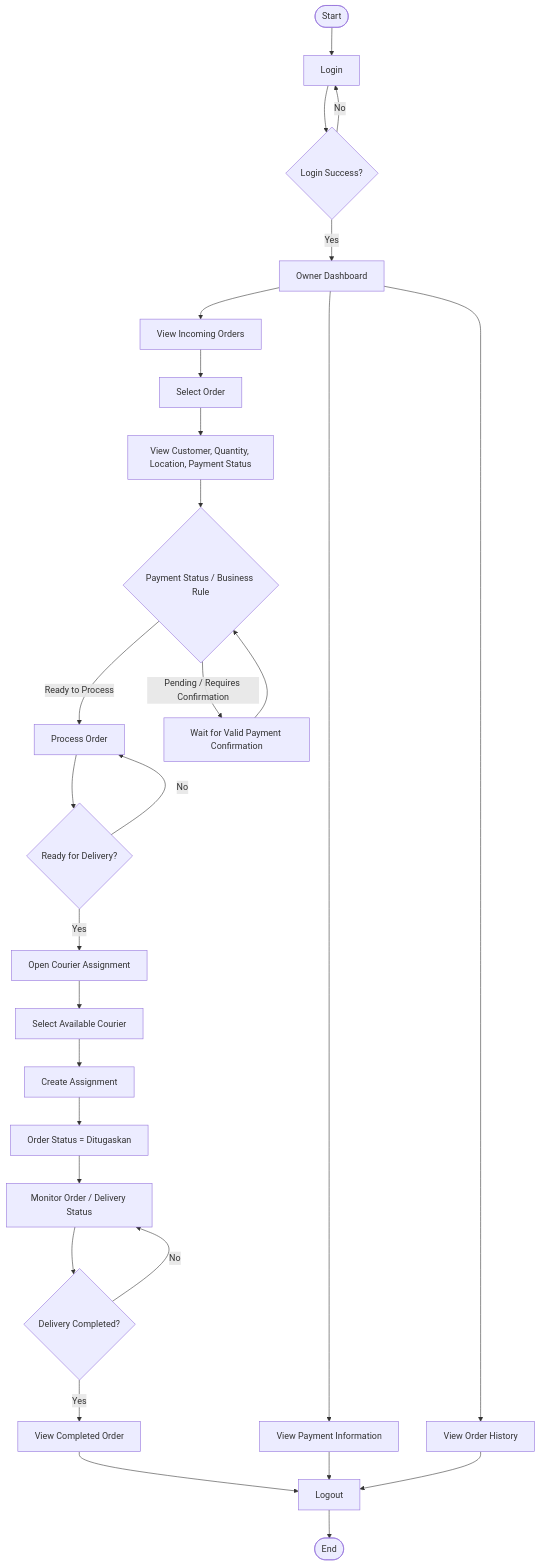
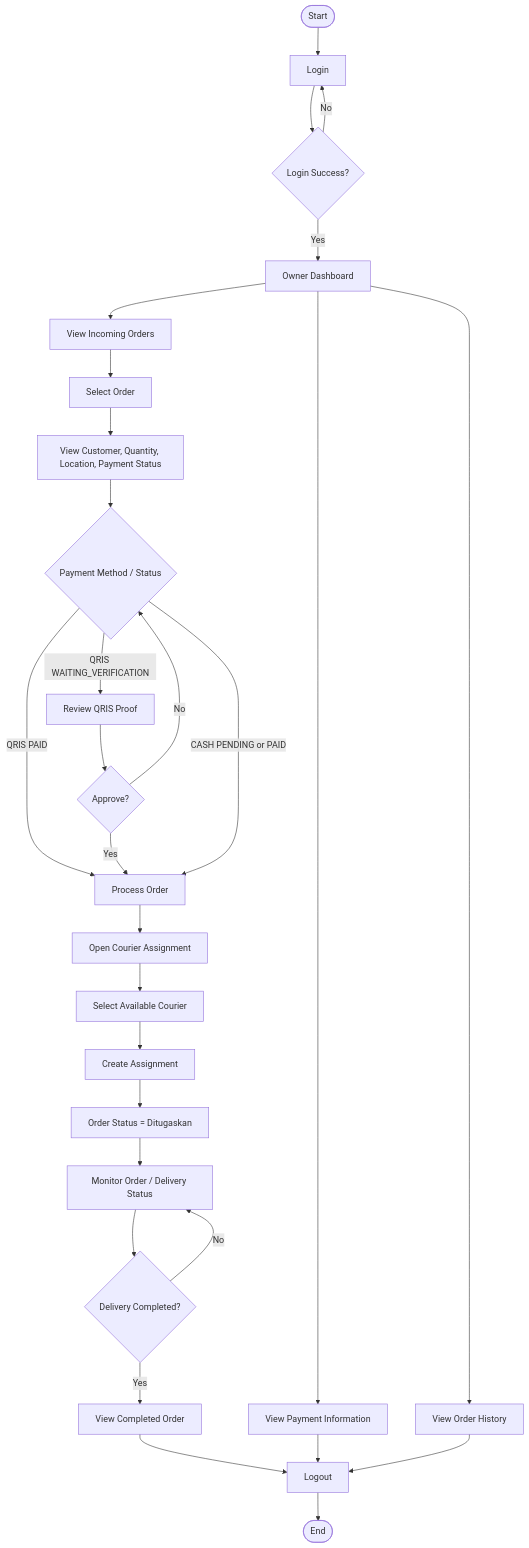
Before and after one commit to RadinataP/kyusui: the third of 23 diagrams in docs/04_KYUSUI_SYSTEM_WORKFLOW_REBUILT.md, drawn with Mermaid. The commit also changed other lines of this file and 3 other files, not shown here.

````diff
--- a/docs/04_KYUSUI_SYSTEM_WORKFLOW_REBUILT.md
+++ b/docs/04_KYUSUI_SYSTEM_WORKFLOW_REBUILT.md
@@ -467,37 +461,37 @@
 ``` mermaid
 flowchart TD
     A([Start]) --> B[Login]
     B --> C{Login Success?}
     C -- No --> B
     C -- Yes --> D[Owner Dashboard]
 
     D --> E[View Incoming Orders]
     E --> F[Select Order]
     F --> G[View Customer, Quantity, Location, Payment Status]
 
-    G --> H{Payment Status / Business Rule}
-    H -- Ready to Process --> I[Process Order]
-    H -- Pending / Requires Confirmation --> J[Wait for Valid Payment Confirmation]
-    J --> H
-
-    I --> K{Ready for Delivery?}
-    K -- No --> I
-    K -- Yes --> L[Open Courier Assignment]
+    G --> H{Payment Method / Status}
+    H -- QRIS PAID --> I[Process Order]
+    H -- QRIS WAITING_VERIFICATION --> J[Review QRIS Proof]
+    J --> K{Approve?}
+    K -- Yes --> I
+    K -- No --> H
+    H -- CASH PENDING or PAID --> I
+    I --> L[Open Courier Assignment]
 
     L --> M[Select Available Courier]
     M --> N[Create Assignment]
     N --> O[Order Status = Ditugaskan]
 
     O --> P[Monitor Order / Delivery Status]
     P --> Q{Delivery Completed?}
     Q -- No --> P
     Q -- Yes --> R[View Completed Order]
 
     D --> S[View Payment Information]
     D --> T[View Order History]
 
     R --> U[Logout]
     S --> U
     T --> U
     U --> V([End])
 ```
````
